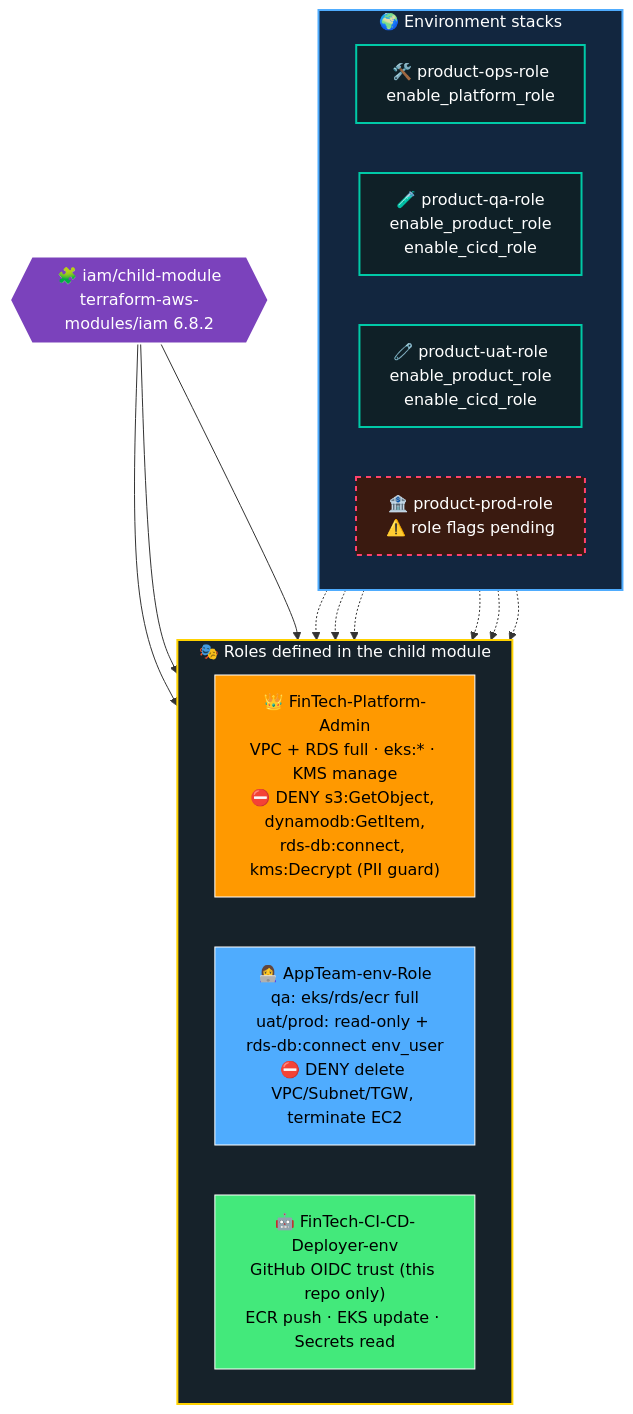
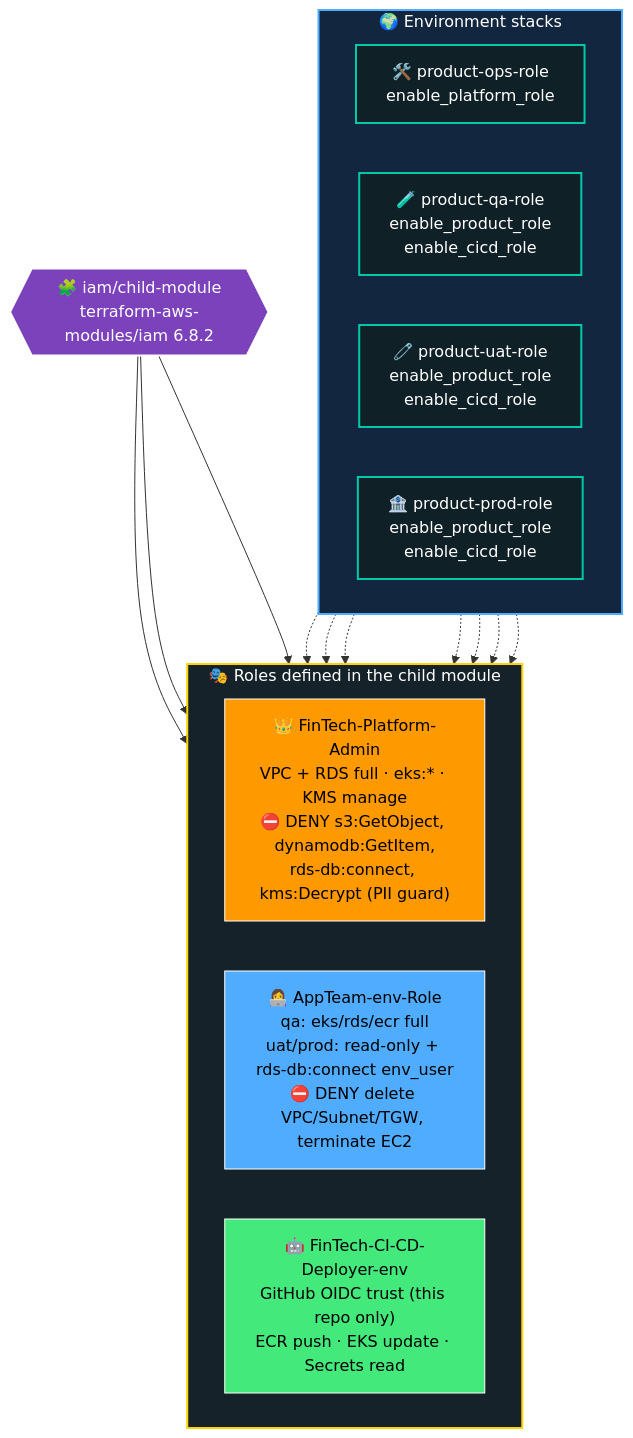
Before and after one commit to muntaha747/FinTech-Enterprise-Project: diagram 24 of 29 in README.md, drawn with Mermaid. The commit also changed other lines of this file and 3 other files, not shown here.

First line of the commit message:
README: animated traffic-flow, topology and state diagrams [skip ci]

````diff
--- a/README.md
+++ b/README.md
@@ -840,35 +978,35 @@
 ```mermaid
 flowchart TB
     CM{{"🧩 iam/child-module<br/>terraform-aws-modules/iam 6.8.2"}}:::mod
 
     subgraph ROLES["🎭 Roles defined in the child module"]
         direction LR
         R1["👑 FinTech-Platform-Admin<br/>VPC + RDS full · eks:* · KMS manage<br/>⛔ DENY s3:GetObject, dynamodb:GetItem,<br/>rds-db:connect, kms:Decrypt (PII guard)"]:::plat
         R2["👩‍💻 AppTeam-env-Role<br/>qa: eks/rds/ecr full<br/>uat/prod: read-only + rds-db:connect env_user<br/>⛔ DENY delete VPC/Subnet/TGW, terminate EC2"]:::prod
         R3["🤖 FinTech-CI-CD-Deployer-env<br/>GitHub OIDC trust (this repo only)<br/>ECR push · EKS update · Secrets read"]:::cicd
     end
 
     CM --> R1 & R2 & R3
 
     subgraph ENVS["🌍 Environment stacks"]
         direction LR
         OPS["🛠️ product-ops-role<br/>enable_platform_role"]:::env
         QA["🧪 product-qa-role<br/>enable_product_role<br/>enable_cicd_role"]:::env
         UAT["🧷 product-uat-role<br/>enable_product_role<br/>enable_cicd_role"]:::env
-        PRD["🏦 product-prod-role<br/>⚠️ role flags pending"]:::warn
+        PRD["🏦 product-prod-role<br/>enable_product_role<br/>enable_cicd_role"]:::env
     end
 
     OPS -.-> R1
     QA -.-> R2 & R3
     UAT -.-> R2 & R3
-    PRD -.-> ROLES
+    PRD -.-> R2 & R3
 
     classDef mod fill:#7B42BC,stroke:#fff,color:#fff,stroke-width:2px
     classDef plat fill:#ff9900,stroke:#fff,color:#000
     classDef prod fill:#4facfe,stroke:#fff,color:#000
     classDef cicd fill:#43e97b,stroke:#fff,color:#000
     classDef env fill:#0f2027,stroke:#00c9a7,color:#fff,stroke-width:2px
     classDef warn fill:#3a1a10,stroke:#ff416c,color:#fff,stroke-width:2px,stroke-dasharray: 5 5
     style ROLES fill:#16222a,stroke:#ffd200,color:#fff,stroke-width:2px
     style ENVS fill:#12263f,stroke:#4facfe,color:#fff,stroke-width:2px
 ```
````
